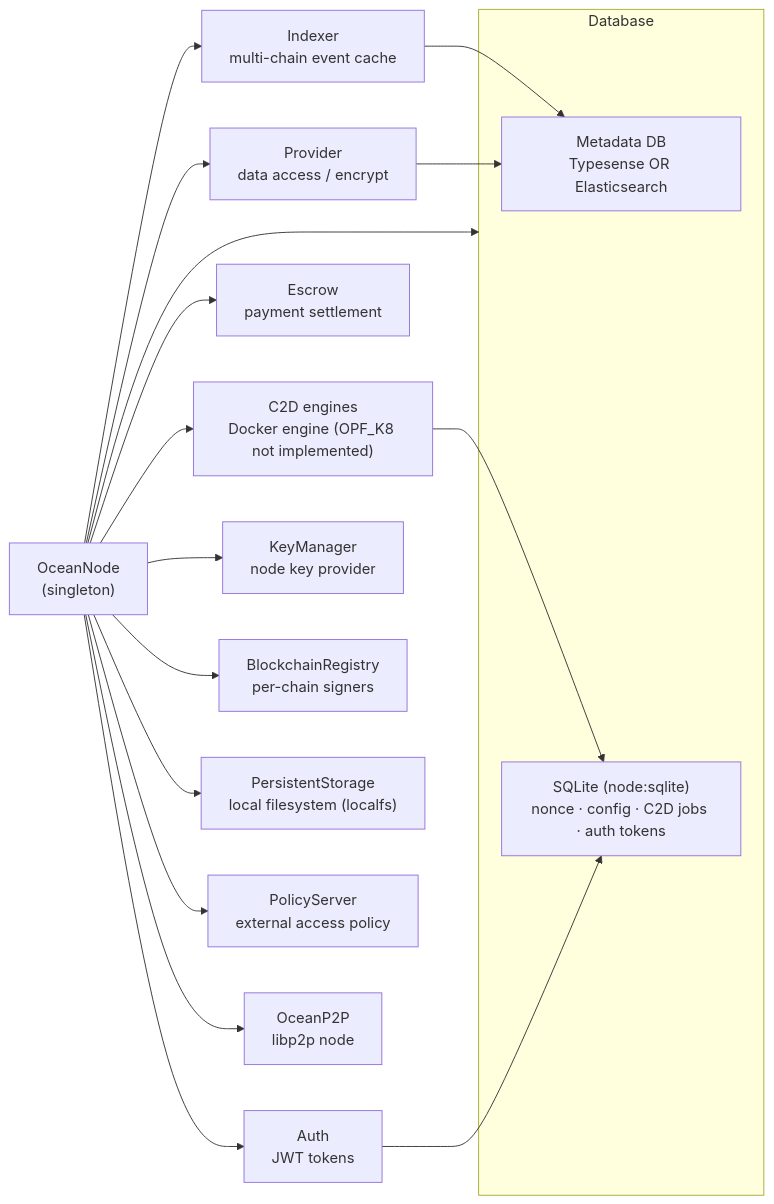
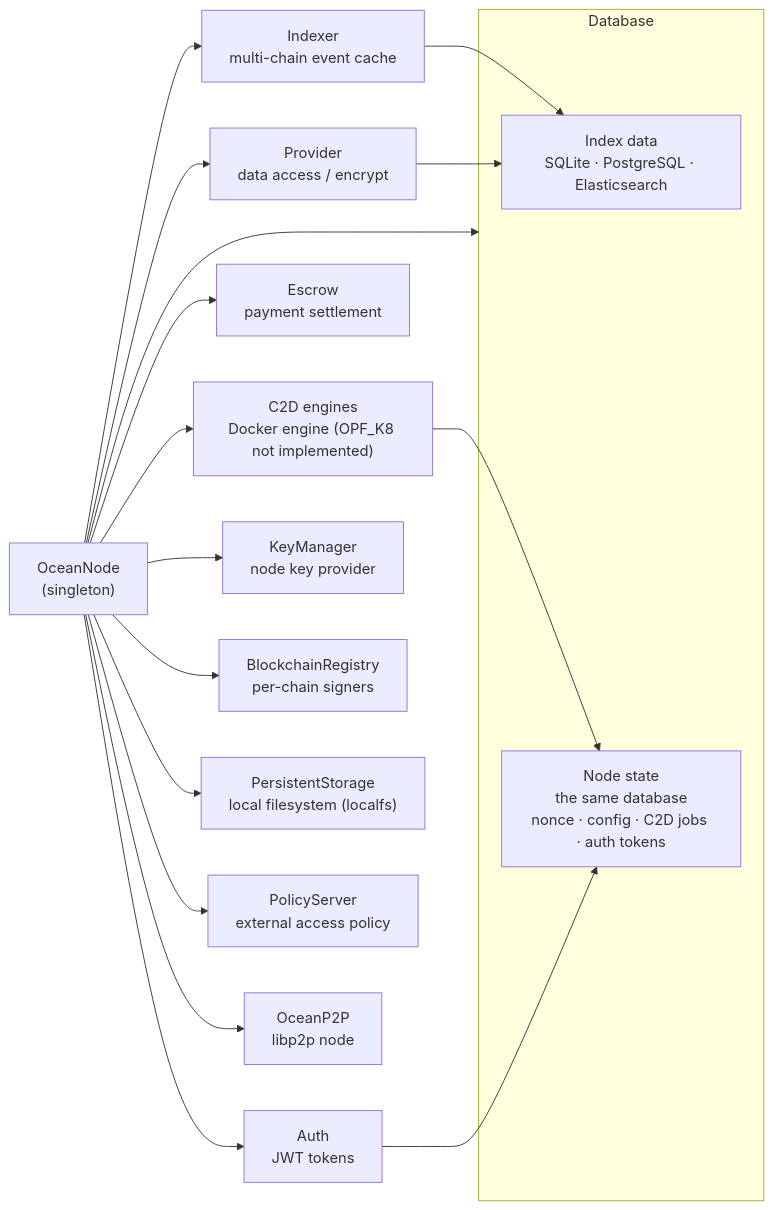
One commit to oceanprotocol/ocean-node changed the third of 5 diagrams in docs/Arhitecture.md. Above: the diagram before and after it, drawn with Mermaid. The commit also changed other lines of this file and 175 other files, not shown here.

First line of the commit message:
[HA] Pluggable database (SQLite, PostgreSQL, Elasticsearch), typed DDO search, no Aquarius routes (#1601)

````diff
--- a/docs/Arhitecture.md
+++ b/docs/Arhitecture.md
@@ -163,25 +163,25 @@
 ```mermaid
 flowchart LR
     ON["OceanNode<br/>(singleton)"]
 
     ON --> IDX["Indexer<br/>multi-chain event cache"]
     ON --> PROV["Provider<br/>data access / encrypt"]
     ON --> C2D["C2D engines<br/>Docker engine (OPF_K8 not implemented)"]
     ON --> ESC["Escrow<br/>payment settlement"]
     ON --> AUTH["Auth<br/>JWT tokens"]
     ON --> KM["KeyManager<br/>node key provider"]
     ON --> BR["BlockchainRegistry<br/>per-chain signers"]
     ON --> PS["PersistentStorage<br/>local filesystem (localfs)"]
     ON --> POL["PolicyServer<br/>external access policy"]
     ON --> P2P["OceanP2P<br/>libp2p node"]
 
     subgraph DBLAYER["Database"]
-        META["Metadata DB<br/>Typesense OR Elasticsearch"]
-        SQL["SQLite (node:sqlite)<br/>nonce · config · C2D jobs · auth tokens"]
+        META["Index data<br/>SQLite · PostgreSQL · Elasticsearch"]
+        STATE["Node state<br/>the same database<br/>nonce · config · C2D jobs · auth tokens"]
     end
     ON --> DBLAYER
     IDX --> META
     PROV --> META
-    C2D --> SQL
-    AUTH --> SQL
+    C2D --> STATE
+    AUTH --> STATE
 ```
````
